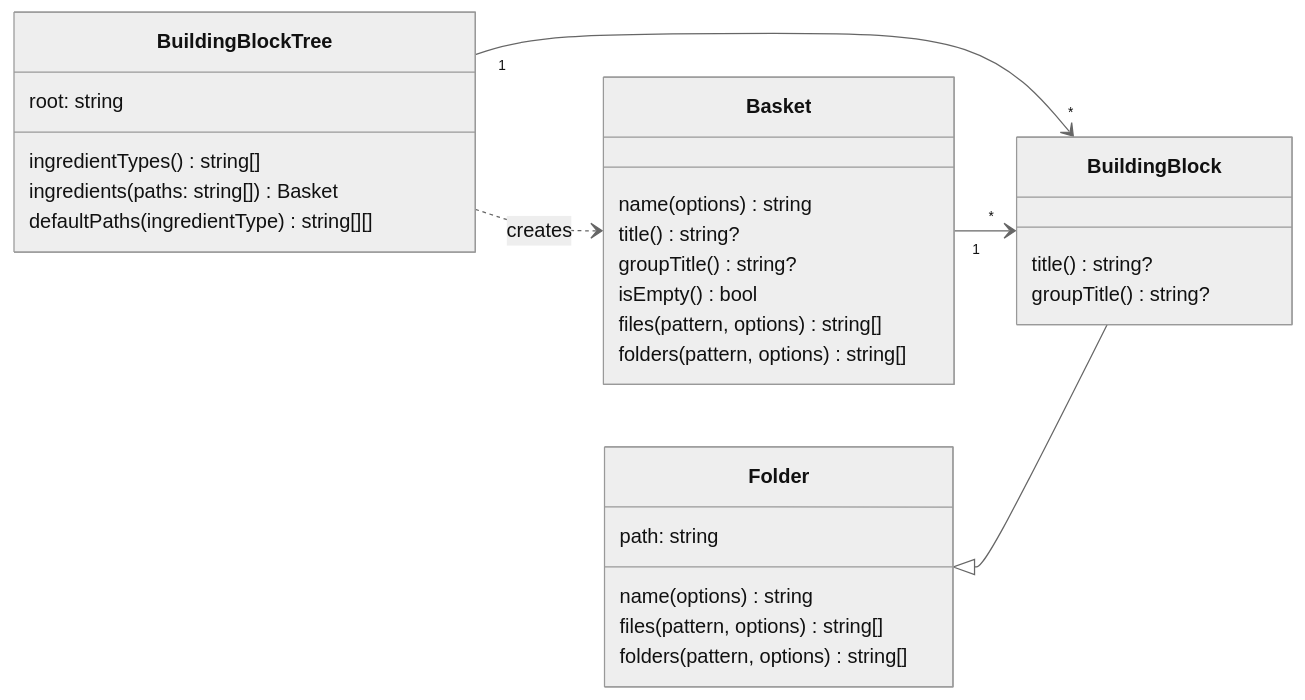
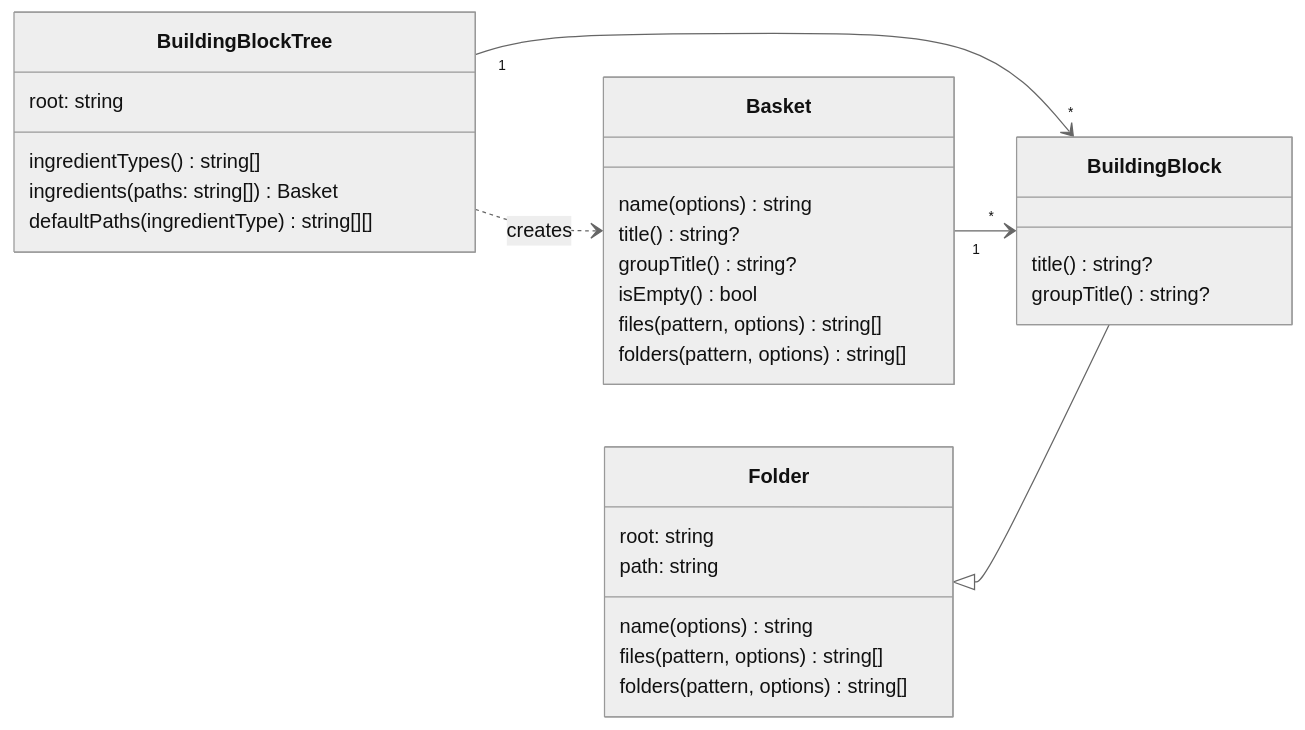
One commit to matthiasbaitsch/quarto-loi-moi changed the first of 5 diagrams in DESIGN.md. Above: the diagram before and after it, drawn with Mermaid (neutral theme). The commit also changed other lines of this file and 40 other files, not shown here.

````diff
--- a/DESIGN.md
+++ b/DESIGN.md
@@ -27,32 +27,33 @@
 ```mermaid
 classDiagram
   direction LR
   BuildingBlockTree "1" --> "*" BuildingBlock
   BuildingBlockTree ..> Basket : creates
   Basket "1" --> "*" BuildingBlock
   Folder <|-- BuildingBlock
   class BuildingBlockTree {
     root: string
     ingredientTypes() string[]
     ingredients(paths: string[]) Basket
     defaultPaths(ingredientType) string[][]
   }
   class Folder {
+    root: string
     path: string
     name(options) string
     files(pattern, options) string[]
     folders(pattern, options) string[]
   }
   class BuildingBlock {
     title() string?
     groupTitle() string?
   }
   class Basket {
     name(options) string
     title() string?
     groupTitle() string?
     isEmpty() bool
     files(pattern, options) string[]
     folders(pattern, options) string[]
   }
 ```
````
